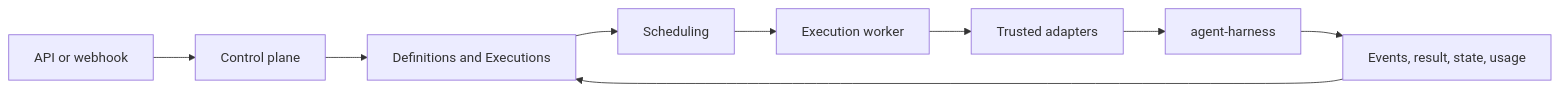
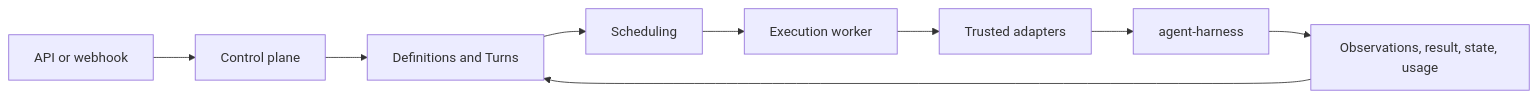
Before and after one commit to converge-ai-labs/agent-foundation: the second of 4 diagrams in spec/README.md, drawn with Mermaid. The commit also changed other lines of this file and 29 other files, not shown here.

````diff
--- a/spec/README.md
+++ b/spec/README.md
@@ -176,11 +176,11 @@
 ```mermaid
 flowchart LR
     Ingress[API or webhook] --> Control[Control plane]
-    Control --> Durable[Definitions and Executions]
+    Control --> Durable[Definitions and Turns]
     Durable --> Queue[Scheduling]
     Queue --> Worker[Execution worker]
     Worker --> Reconstruct[Trusted adapters]
     Reconstruct --> Harness[agent-harness]
-    Harness --> Candidate[Events, result, state, usage]
+    Harness --> Candidate[Observations, result, state, usage]
     Candidate --> Durable
 ```
````
